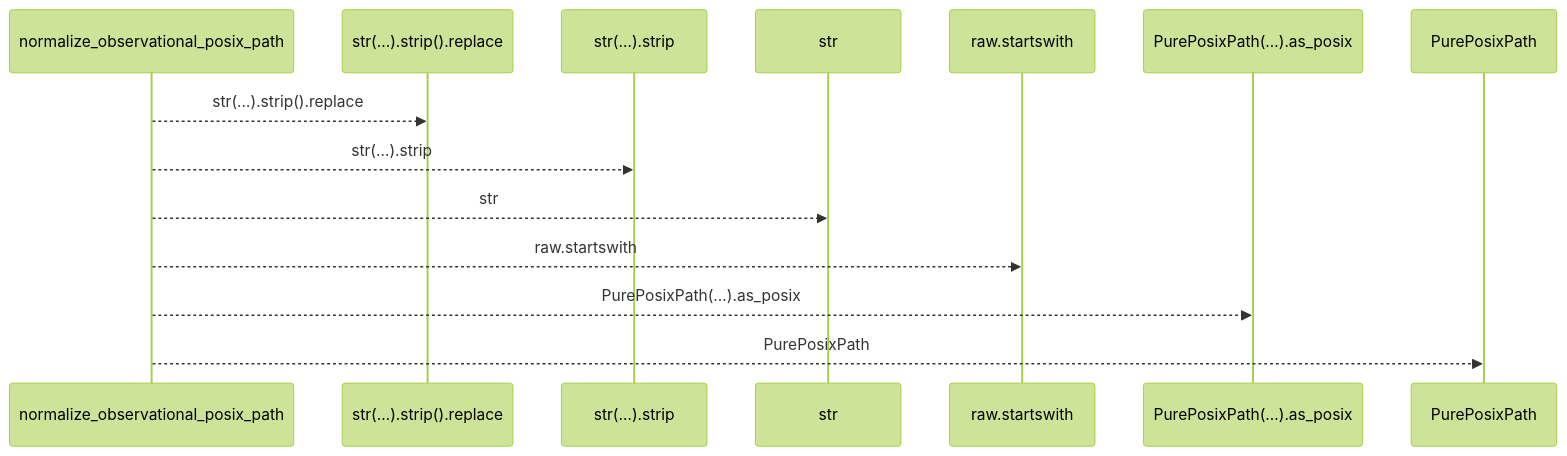
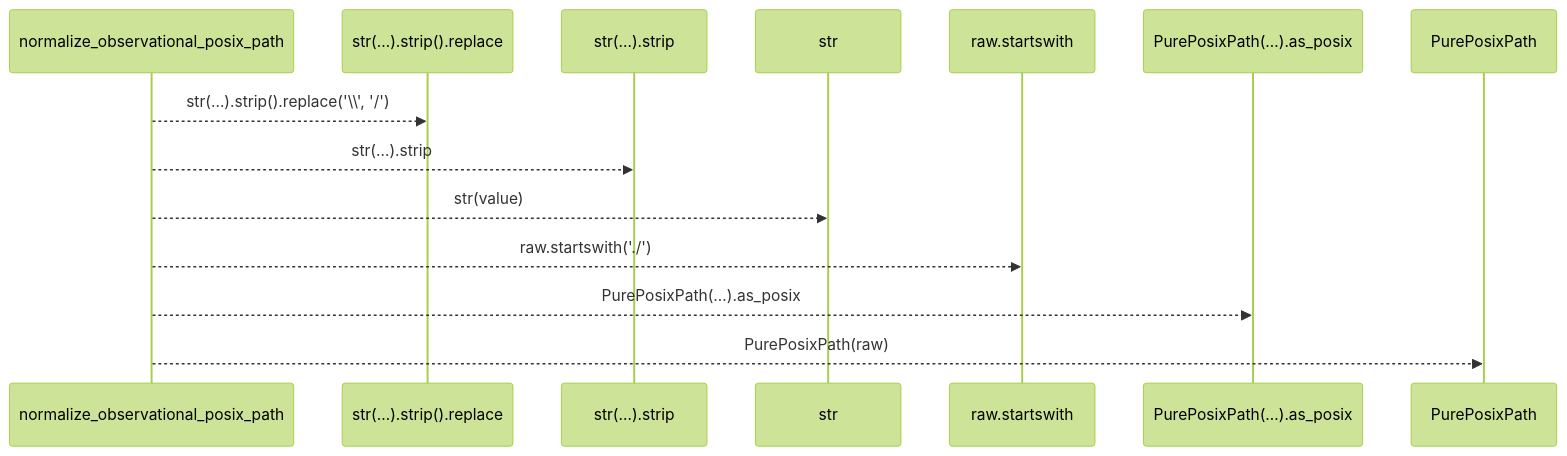
Before and after one commit to Denissvgn/python-wiki-llm: the first of 2 diagrams in docs/llm_wiki/flows/api-normalize_observational_posix_path.md, drawn with Mermaid (forest theme). The commit also changed other lines of this file and 1410 other files, not shown here.

````diff
--- a/docs/llm_wiki/flows/api-normalize_observational_posix_path.md
+++ b/docs/llm_wiki/flows/api-normalize_observational_posix_path.md
@@ -10,16 +12,16 @@
 ```mermaid
 sequenceDiagram
     participant p0 as normalize_observational_posix_path
     participant p1 as str(…).strip().replace
     participant p2 as str(…).strip
     participant p3 as str
     participant p4 as raw.startswith
     participant p5 as PurePosixPath(…).as_posix
     participant p6 as PurePosixPath
-    p0-->>p1: str(…).strip().replace
+    p0-->>p1: str(…).strip().replace('\\', '/')
     p0-->>p2: str(…).strip
-    p0-->>p3: str
-    p0-->>p4: raw.startswith
+    p0-->>p3: str(value)
+    p0-->>p4: raw.startswith('./')
     p0-->>p5: PurePosixPath(…).as_posix
-    p0-->>p6: PurePosixPath
+    p0-->>p6: PurePosixPath(raw)
 ```
````
